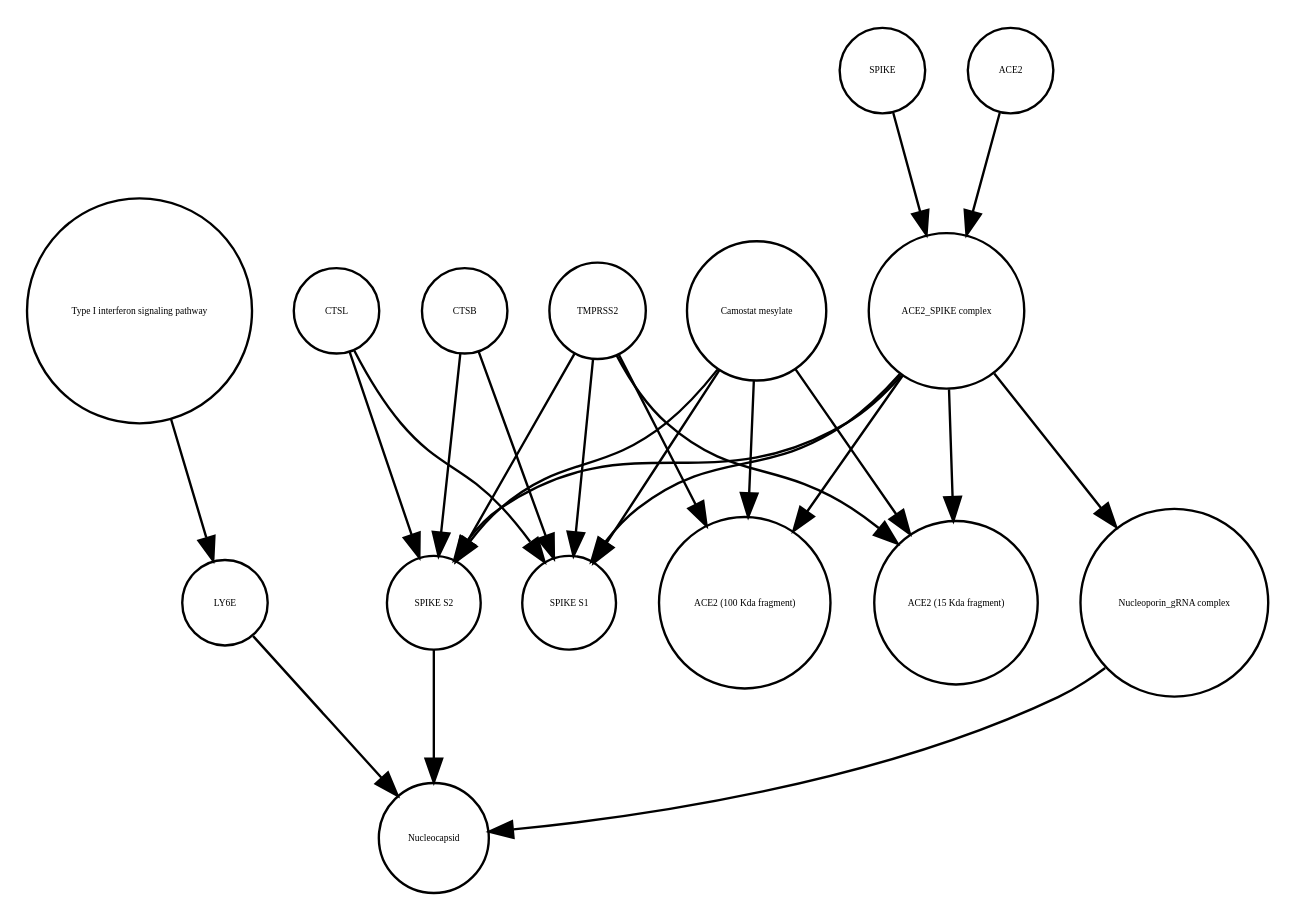
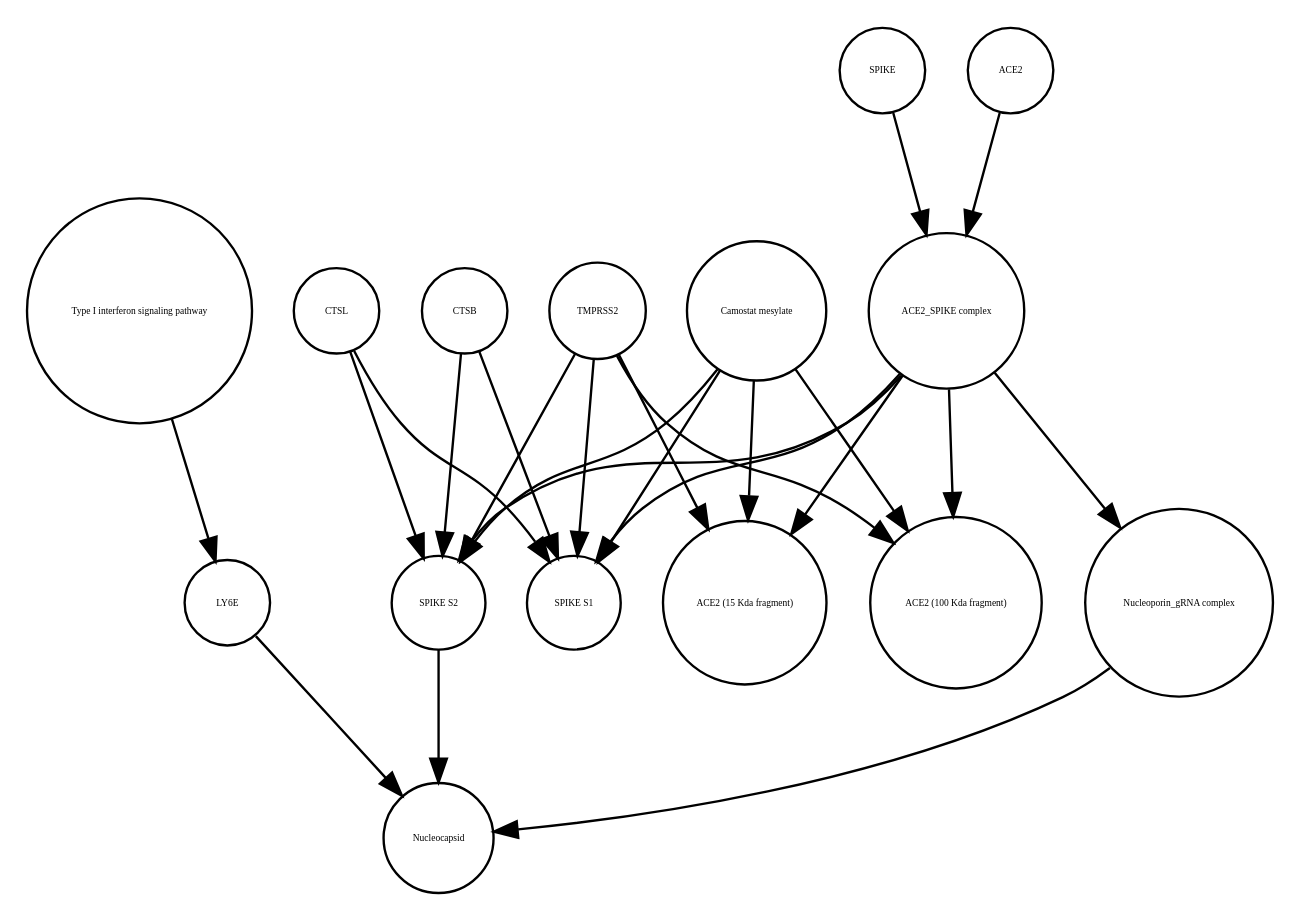
One commit to cannin/covid19-sbgn changed the diagram in Virus_replication_cycle_V02.xml_projected.dot. Above: the diagram before and after it, drawn with Graphviz. The commit also changed 572 other files, not shown here.

```diff
--- a/Virus_replication_cycle_V02.xml_projected.dot
+++ b/Virus_replication_cycle_V02.xml_projected.dot
@@ -1,40 +1,40 @@
 strict digraph  {
 "Type I interferon signaling pathway" [annotation="", bipartite=0, cls=phenotype, fontsize=4, label="Type I interferon signaling pathway", shape=circle];
 LY6E [annotation="", bipartite=0, cls=macromolecule, fontsize=4, label=LY6E, shape=circle];
+"ACE2_SPIKE complex" [annotation="", bipartite=0, cls=complex, fontsize=4, label="ACE2_SPIKE complex", shape=circle];
+TMPRSS2 [annotation="", bipartite=0, cls=macromolecule, fontsize=4, label=TMPRSS2, shape=circle];
+"SPIKE S1" [annotation="", bipartite=0, cls=macromolecule, fontsize=4, label="SPIKE S1", shape=circle];
+"ACE2 (15 Kda fragment)" [annotation="", bipartite=0, cls=macromolecule, fontsize=4, label="ACE2 (15 Kda fragment)", shape=circle];
+"Nucleoporin_gRNA complex " [annotation="", bipartite=0, cls=complex, fontsize=4, label="Nucleoporin_gRNA complex ", shape=circle];
+CTSB [annotation="", bipartite=0, cls=macromolecule, fontsize=4, label=CTSB, shape=circle];
+Nucleocapsid [annotation="", bipartite=0, cls=complex, fontsize=4, label=Nucleocapsid, shape=circle];
 SPIKE [annotation="", bipartite=0, cls="macromolecule multimer", fontsize=4, label=SPIKE, shape=circle];
-"SPIKE S2" [annotation="", bipartite=0, cls=macromolecule, fontsize=4, label="SPIKE S2", shape=circle];
+ACE2 [annotation="", bipartite=0, cls=macromolecule, fontsize=4, label=ACE2, shape=circle];
 "ACE2 (100 Kda fragment)" [annotation="", bipartite=0, cls=macromolecule, fontsize=4, label="ACE2 (100 Kda fragment)", shape=circle];
-Nucleocapsid [annotation="", bipartite=0, cls=complex, fontsize=4, label=Nucleocapsid, shape=circle];
-CTSB [annotation="", bipartite=0, cls=macromolecule, fontsize=4, label=CTSB, shape=circle];
-"Nucleoporin_gRNA complex " [annotation="", bipartite=0, cls=complex, fontsize=4, label="Nucleoporin_gRNA complex ", shape=circle];
-TMPRSS2 [annotation="", bipartite=0, cls=macromolecule, fontsize=4, label=TMPRSS2, shape=circle];
-ACE2 [annotation="", bipartite=0, cls=macromolecule, fontsize=4, label=ACE2, shape=circle];
-"ACE2 (15 Kda fragment)" [annotation="", bipartite=0, cls=macromolecule, fontsize=4, label="ACE2 (15 Kda fragment)", shape=circle];
-"SPIKE S1" [annotation="", bipartite=0, cls=macromolecule, fontsize=4, label="SPIKE S1", shape=circle];
-"ACE2_SPIKE complex" [annotation="", bipartite=0, cls=complex, fontsize=4, label="ACE2_SPIKE complex", shape=circle];
 CTSL [annotation="", bipartite=0, cls=macromolecule, fontsize=4, label=CTSL, shape=circle];
 "Camostat mesylate" [annotation="urn_miriam_pubchem.compound_2536", bipartite=0, cls="simple chemical", fontsize=4, label="Camostat mesylate", shape=circle];
+"SPIKE S2" [annotation="", bipartite=0, cls=macromolecule, fontsize=4, label="SPIKE S2", shape=circle];
 "Type I interferon signaling pathway" -> LY6E  [annotation="", interaction_type=stimulation];
 LY6E -> Nucleocapsid  [annotation="urn_miriam_doi_10.1101%2F2020.03.05.979260|urn_miriam_doi_10.1101%2F2020.04.02.021469", interaction_type=inhibition];
-SPIKE -> "ACE2_SPIKE complex"  [annotation="", interaction_type=production];
-"SPIKE S2" -> Nucleocapsid  [annotation="urn_miriam_doi_10.1101%2F2020.03.05.979260|urn_miriam_doi_10.1101%2F2020.04.02.021469", interaction_type=stimulation];
-CTSB -> "SPIKE S2"  [annotation=urn_miriam_pubmed_32142651, interaction_type=catalysis];
-CTSB -> "SPIKE S1"  [annotation=urn_miriam_pubmed_32142651, interaction_type=catalysis];
-"Nucleoporin_gRNA complex " -> Nucleocapsid  [annotation="", interaction_type=production];
-TMPRSS2 -> "SPIKE S2"  [annotation="urn_miriam_pubmed_32142651|urn_miriam_pubmed_32094589|urn_miriam_pubmed_24227843", interaction_type=catalysis];
-TMPRSS2 -> "ACE2 (100 Kda fragment)"  [annotation="urn_miriam_pubmed_32142651|urn_miriam_pubmed_32094589|urn_miriam_pubmed_24227843", interaction_type=catalysis];
-TMPRSS2 -> "ACE2 (15 Kda fragment)"  [annotation="urn_miriam_pubmed_32142651|urn_miriam_pubmed_32094589|urn_miriam_pubmed_24227843", interaction_type=catalysis];
-TMPRSS2 -> "SPIKE S1"  [annotation="urn_miriam_pubmed_32142651|urn_miriam_pubmed_32094589|urn_miriam_pubmed_24227843", interaction_type=catalysis];
-ACE2 -> "ACE2_SPIKE complex"  [annotation="", interaction_type=production];
-"ACE2_SPIKE complex" -> "SPIKE S2"  [annotation="", interaction_type=production];
+"ACE2_SPIKE complex" -> "ACE2 (15 Kda fragment)"  [annotation="", interaction_type=production];
 "ACE2_SPIKE complex" -> "SPIKE S1"  [annotation="", interaction_type=production];
 "ACE2_SPIKE complex" -> "ACE2 (100 Kda fragment)"  [annotation="", interaction_type=production];
-"ACE2_SPIKE complex" -> "ACE2 (15 Kda fragment)"  [annotation="", interaction_type=production];
+"ACE2_SPIKE complex" -> "SPIKE S2"  [annotation="", interaction_type=production];
 "ACE2_SPIKE complex" -> "Nucleoporin_gRNA complex "  [annotation="urn_miriam_pubmed_32142651|urn_miriam_pubmed_32094589", interaction_type=stimulation];
+TMPRSS2 -> "ACE2 (100 Kda fragment)"  [annotation="urn_miriam_pubmed_32142651|urn_miriam_pubmed_32094589|urn_miriam_pubmed_24227843", interaction_type=catalysis];
+TMPRSS2 -> "SPIKE S1"  [annotation="urn_miriam_pubmed_32142651|urn_miriam_pubmed_32094589|urn_miriam_pubmed_24227843", interaction_type=catalysis];
+TMPRSS2 -> "ACE2 (15 Kda fragment)"  [annotation="urn_miriam_pubmed_32142651|urn_miriam_pubmed_32094589|urn_miriam_pubmed_24227843", interaction_type=catalysis];
+TMPRSS2 -> "SPIKE S2"  [annotation="urn_miriam_pubmed_32142651|urn_miriam_pubmed_32094589|urn_miriam_pubmed_24227843", interaction_type=catalysis];
+"Nucleoporin_gRNA complex " -> Nucleocapsid  [annotation="", interaction_type=production];
+CTSB -> "SPIKE S1"  [annotation=urn_miriam_pubmed_32142651, interaction_type=catalysis];
+CTSB -> "SPIKE S2"  [annotation=urn_miriam_pubmed_32142651, interaction_type=catalysis];
+SPIKE -> "ACE2_SPIKE complex"  [annotation="", interaction_type=production];
+ACE2 -> "ACE2_SPIKE complex"  [annotation="", interaction_type=production];
+CTSL -> "SPIKE S1"  [annotation=urn_miriam_pubmed_32142651, interaction_type=catalysis];
 CTSL -> "SPIKE S2"  [annotation=urn_miriam_pubmed_32142651, interaction_type=catalysis];
-CTSL -> "SPIKE S1"  [annotation=urn_miriam_pubmed_32142651, interaction_type=catalysis];
+"Camostat mesylate" -> "ACE2 (100 Kda fragment)"  [annotation="urn_miriam_pubmed_32142651|urn_miriam_pubmed_32094589|urn_miriam_pubmed_24227843", interaction_type=inhibition];
+"Camostat mesylate" -> "SPIKE S1"  [annotation="urn_miriam_pubmed_32142651|urn_miriam_pubmed_32094589|urn_miriam_pubmed_24227843", interaction_type=inhibition];
+"Camostat mesylate" -> "ACE2 (15 Kda fragment)"  [annotation="urn_miriam_pubmed_32142651|urn_miriam_pubmed_32094589|urn_miriam_pubmed_24227843", interaction_type=inhibition];
 "Camostat mesylate" -> "SPIKE S2"  [annotation="urn_miriam_pubmed_32142651|urn_miriam_pubmed_32094589|urn_miriam_pubmed_24227843", interaction_type=inhibition];
-"Camostat mesylate" -> "ACE2 (100 Kda fragment)"  [annotation="urn_miriam_pubmed_32142651|urn_miriam_pubmed_32094589|urn_miriam_pubmed_24227843", interaction_type=inhibition];
-"Camostat mesylate" -> "ACE2 (15 Kda fragment)"  [annotation="urn_miriam_pubmed_32142651|urn_miriam_pubmed_32094589|urn_miriam_pubmed_24227843", interaction_type=inhibition];
-"Camostat mesylate" -> "SPIKE S1"  [annotation="urn_miriam_pubmed_32142651|urn_miriam_pubmed_32094589|urn_miriam_pubmed_24227843", interaction_type=inhibition];
+"SPIKE S2" -> Nucleocapsid  [annotation="", interaction_type=stimulation];
 }
```
